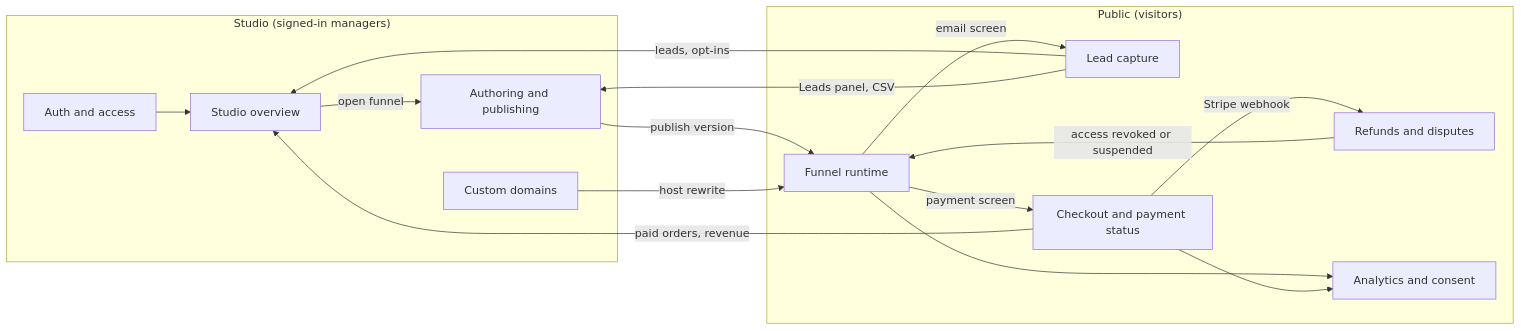
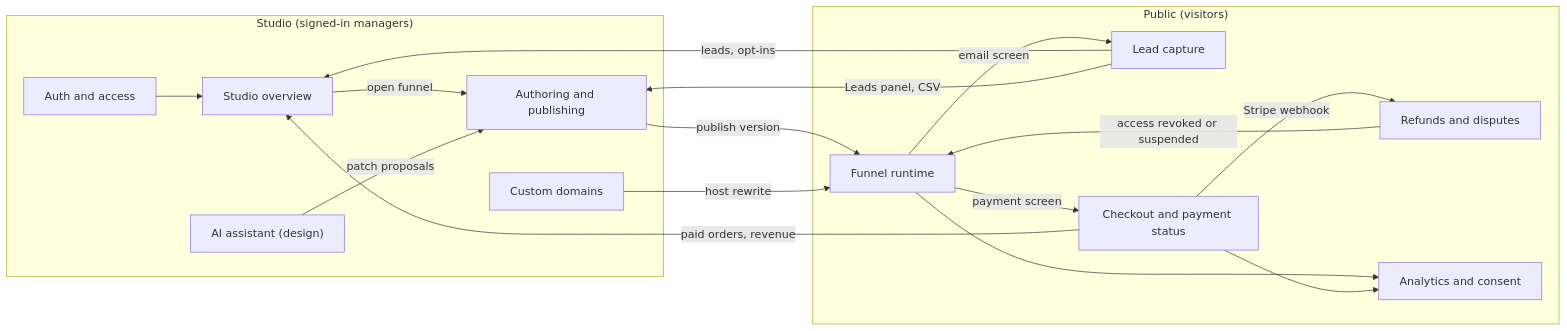
One commit to arturklimovich-eng/vibefunel changed the diagram in docs/features/00-map.md. Above: the diagram before and after it, drawn with Mermaid. The commit also changed 16 other files, not shown here.

Commit message:
Dark Figma-style funnel editor with read-only screen canvas, AI assistant design doc

````diff
--- a/docs/features/00-map.md
+++ b/docs/features/00-map.md
@@ -11,38 +11,41 @@
 ```mermaid
 flowchart LR
   subgraph Studio["Studio (signed-in managers)"]
     AUTH["Auth and access"]
     OVER["Studio overview"]
     AUTHOR["Authoring and publishing"]
     DOM["Custom domains"]
+    AI["AI assistant (design)"]
   end
   subgraph Public["Public (visitors)"]
     RUN["Funnel runtime"]
     LEAD["Lead capture"]
     PAY["Checkout and payment status"]
     REF["Refunds and disputes"]
     AN["Analytics and consent"]
   end
   AUTH --> OVER
   OVER -->|"open funnel"| AUTHOR
   LEAD -->|"leads, opt-ins"| OVER
   PAY -->|"paid orders, revenue"| OVER
+  AI -->|"patch proposals"| AUTHOR
   AUTHOR -->|"publish version"| RUN
   DOM -->|"host rewrite"| RUN
   RUN -->|"email screen"| LEAD
   LEAD -->|"Leads panel, CSV"| AUTHOR
   RUN -->|"payment screen"| PAY
   PAY -->|"Stripe webhook"| REF
   REF -->|"access revoked or suspended"| RUN
   RUN --> AN
   PAY --> AN
   click AUTH "./70-auth-access.md"
   click AUTHOR "./10-authoring.md"
   click OVER "./15-studio-overview.md"
   click DOM "./50-custom-domains.md"
   click RUN "./20-runtime.md"
   click LEAD "./25-lead-capture.md"
   click PAY "./30-checkout.md"
   click REF "./40-refunds-disputes.md"
   click AN "./60-analytics-consent.md"
+  click AI "./80-ai-assistant.md"
 ```
````
